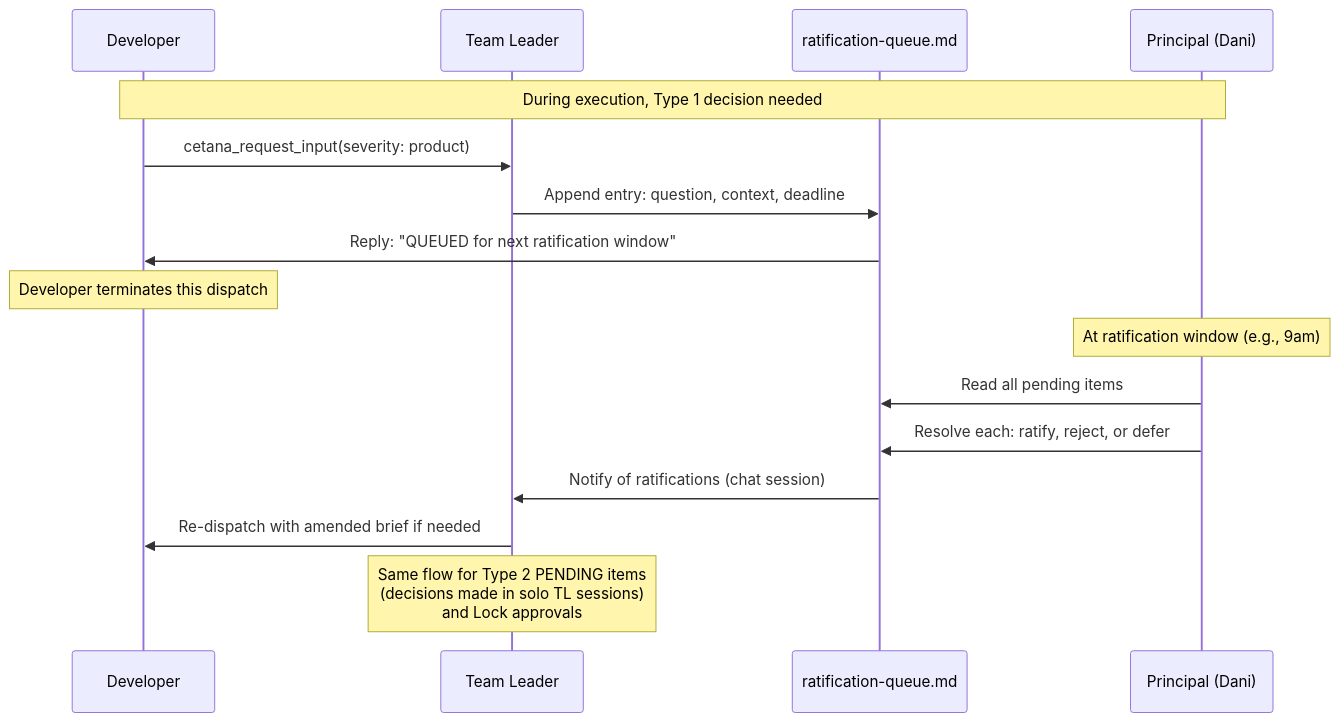
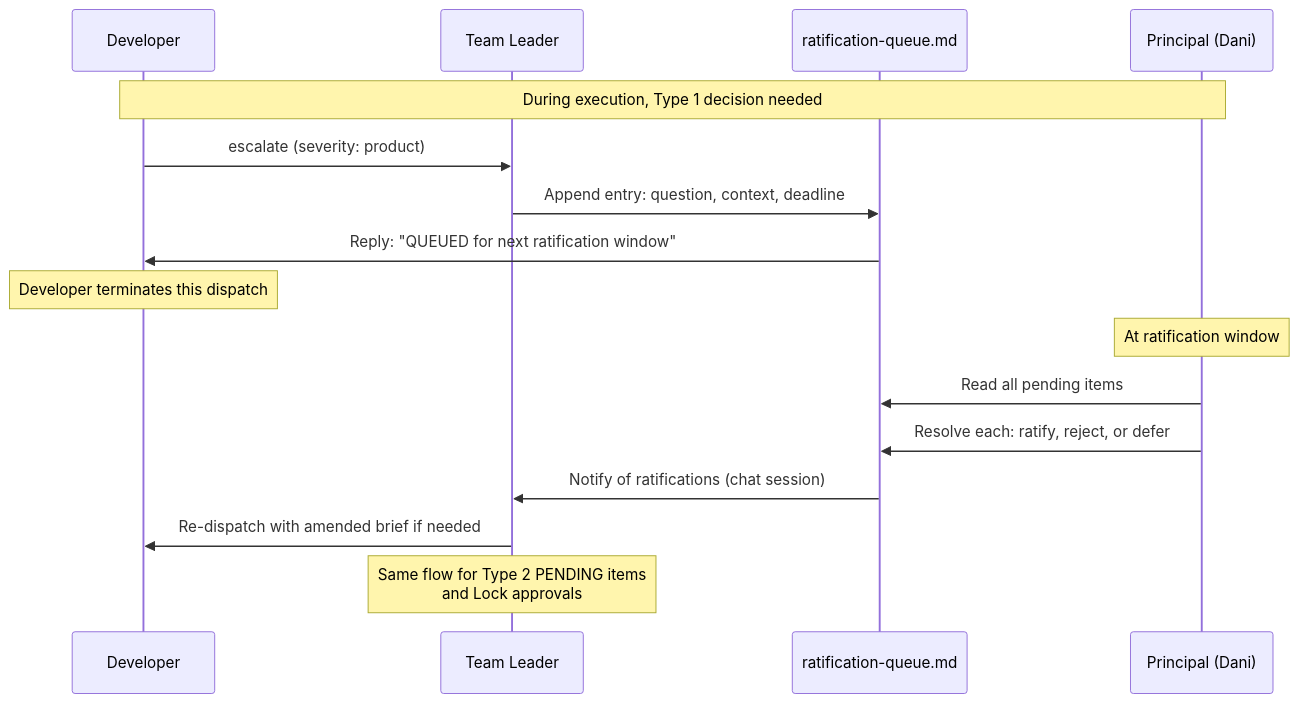
The fourth of 6 diagrams in project-management/diagrams/process-flow.md (atta-labs/attalabs), drawn with Mermaid before and after one commit. The commit also changed other lines of this file, not shown here.

Commit message:
Docs: rewrite process-flow diagram to endorsed design — Phase 0 iteration planning (Planner→Issues+thin file), derived status (no status:* labels), brief into PR body, task/<iteration>/<n>, dispatch gates, explicit code-reviewer+security passes, tool-neutral escalation, Archivist close-out

````diff
--- a/project-management/diagrams/process-flow.md
+++ b/project-management/diagrams/process-flow.md
@@ -231,24 +250,24 @@
 ```mermaid
 sequenceDiagram
     participant Dev as Developer
     participant TL as Team Leader
     participant Queue as ratification-queue.md
     participant Princ as Principal (Dani)
 
     Note over Dev,Princ: During execution, Type 1 decision needed
 
-    Dev->>TL: cetana_request_input(severity: product)
+    Dev->>TL: escalate (severity: product)
     TL->>Queue: Append entry: question, context, deadline
     Queue->>Dev: Reply: "QUEUED for next ratification window"
 
     Note over Dev: Developer terminates this dispatch
 
-    Note over Princ: At ratification window (e.g., 9am)
+    Note over Princ: At ratification window
 
     Princ->>Queue: Read all pending items
     Princ->>Queue: Resolve each: ratify, reject, or defer
     Queue->>TL: Notify of ratifications (chat session)
     TL->>Dev: Re-dispatch with amended brief if needed
 
-    Note over TL: Same flow for Type 2 PENDING items<br/>(decisions made in solo TL sessions)<br/>and Lock approvals
+    Note over TL: Same flow for Type 2 PENDING items<br/>and Lock approvals
 ```
````
